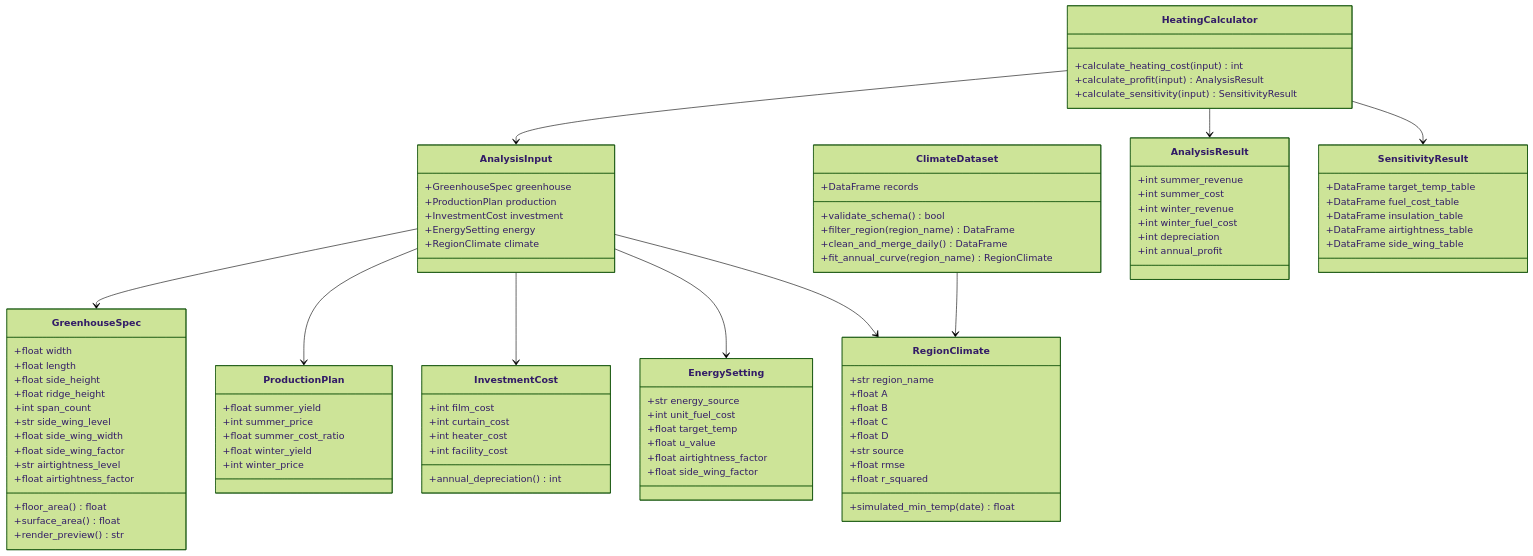
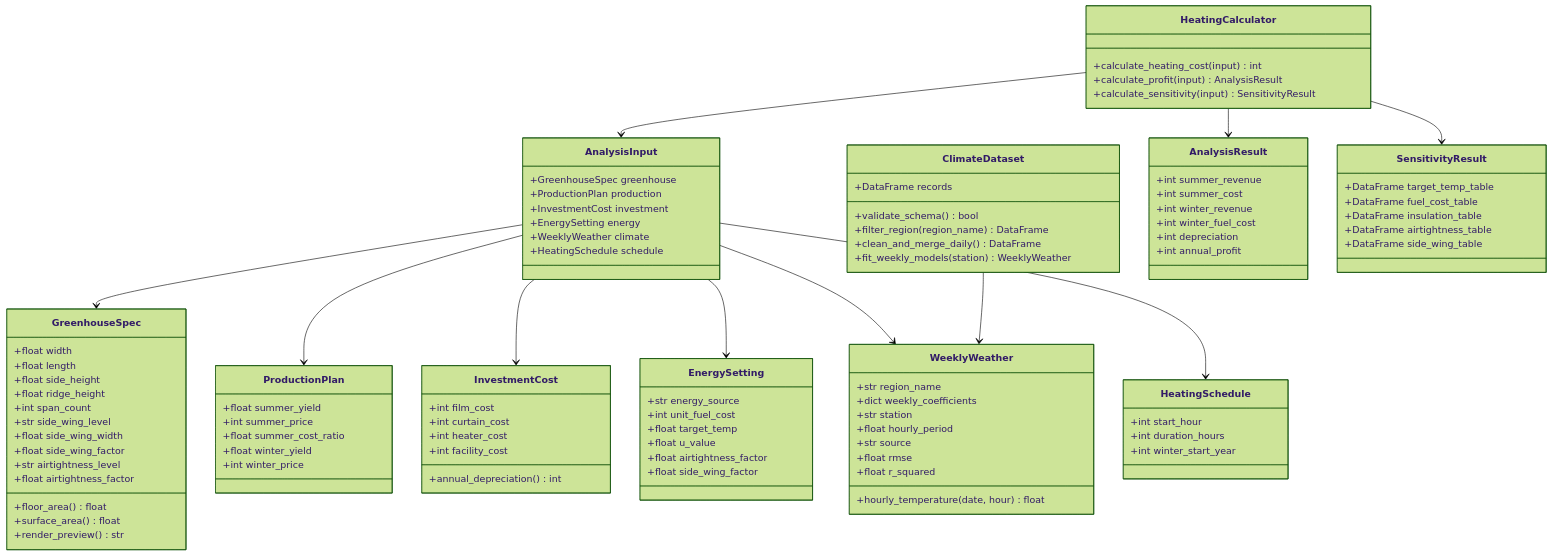
Before and after one commit to kuk-jong/fig-heating-decision-app: the second of 5 diagrams in releases/v0.5/docs/APP_BLUEPRINT.md, drawn with Mermaid (forest theme). The commit also changed other lines of this file and 19 other files, not shown here.

Commit message:
Use observed weekly hourly weather profiles and scheduled hourly heating in v0.6.0

```diff
--- a/releases/v0.5/docs/APP_BLUEPRINT.md
+++ b/releases/v0.5/docs/APP_BLUEPRINT.md
@@ -101,16 +104,15 @@
         +float side_wing_factor
     }
 
-    class RegionClimate {
+    class WeeklyWeather {
         +str region_name
-        +float A
-        +float B
-        +float C
-        +float D
+        +dict weekly_coefficients
+        +str station
+        +float hourly_period
         +str source
         +float rmse
         +float r_squared
-        +simulated_min_temp(date) float
+        +hourly_temperature(date, hour) float
     }
 
     class ClimateDataset {
@@ -118,7 +120,7 @@
         +validate_schema() bool
         +filter_region(region_name) DataFrame
         +clean_and_merge_daily() DataFrame
-        +fit_annual_curve(region_name) RegionClimate
+        +fit_weekly_models(station) WeeklyWeather
     }
 
     class AnalysisInput {
@@ -126,7 +128,14 @@
         +ProductionPlan production
         +InvestmentCost investment
         +EnergySetting energy
-        +RegionClimate climate
+        +WeeklyWeather climate
+        +HeatingSchedule schedule
+    }
+
+    class HeatingSchedule {
+        +int start_hour
+        +int duration_hours
+        +int winter_start_year
     }
 
     class AnalysisResult {
@@ -156,8 +165,9 @@
     AnalysisInput --> ProductionPlan
     AnalysisInput --> InvestmentCost
     AnalysisInput --> EnergySetting
-    AnalysisInput --> RegionClimate
-    ClimateDataset --> RegionClimate
+    AnalysisInput --> WeeklyWeather
+    AnalysisInput --> HeatingSchedule
+    ClimateDataset --> WeeklyWeather
     HeatingCalculator --> AnalysisInput
     HeatingCalculator --> AnalysisResult
     HeatingCalculator --> SensitivityResult
```
